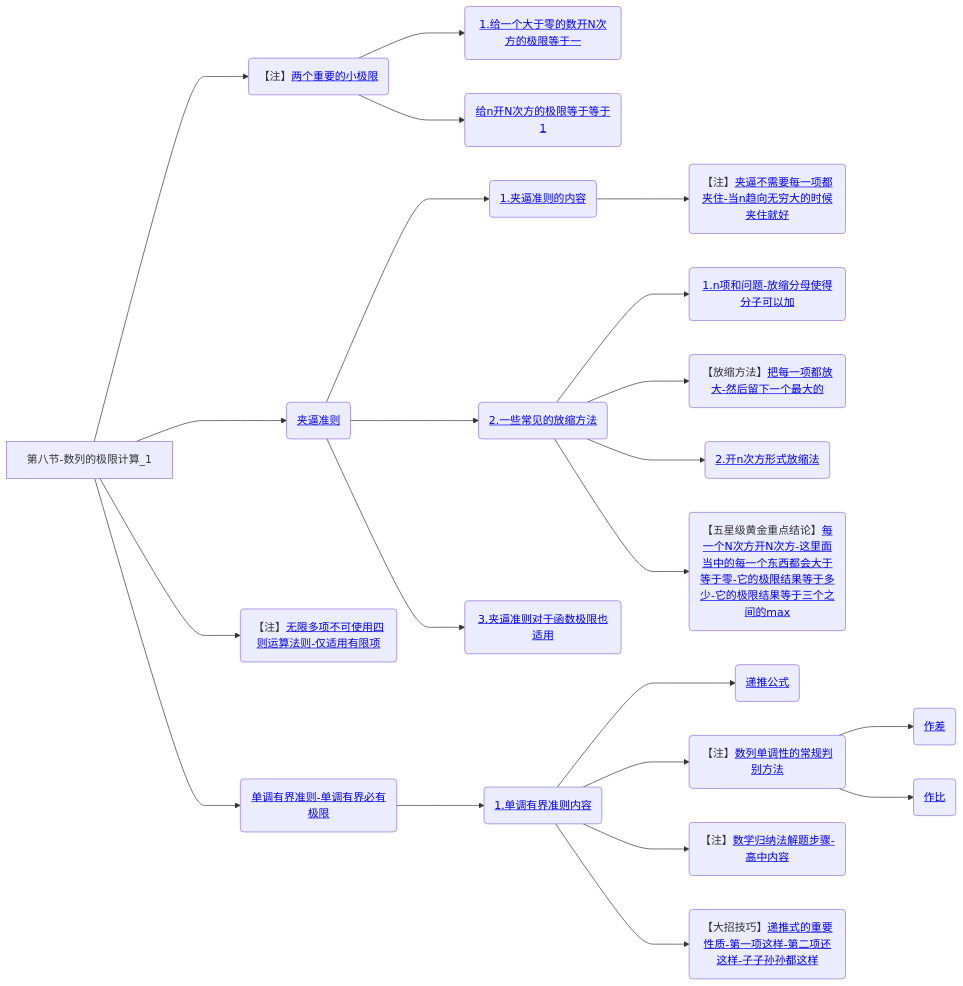
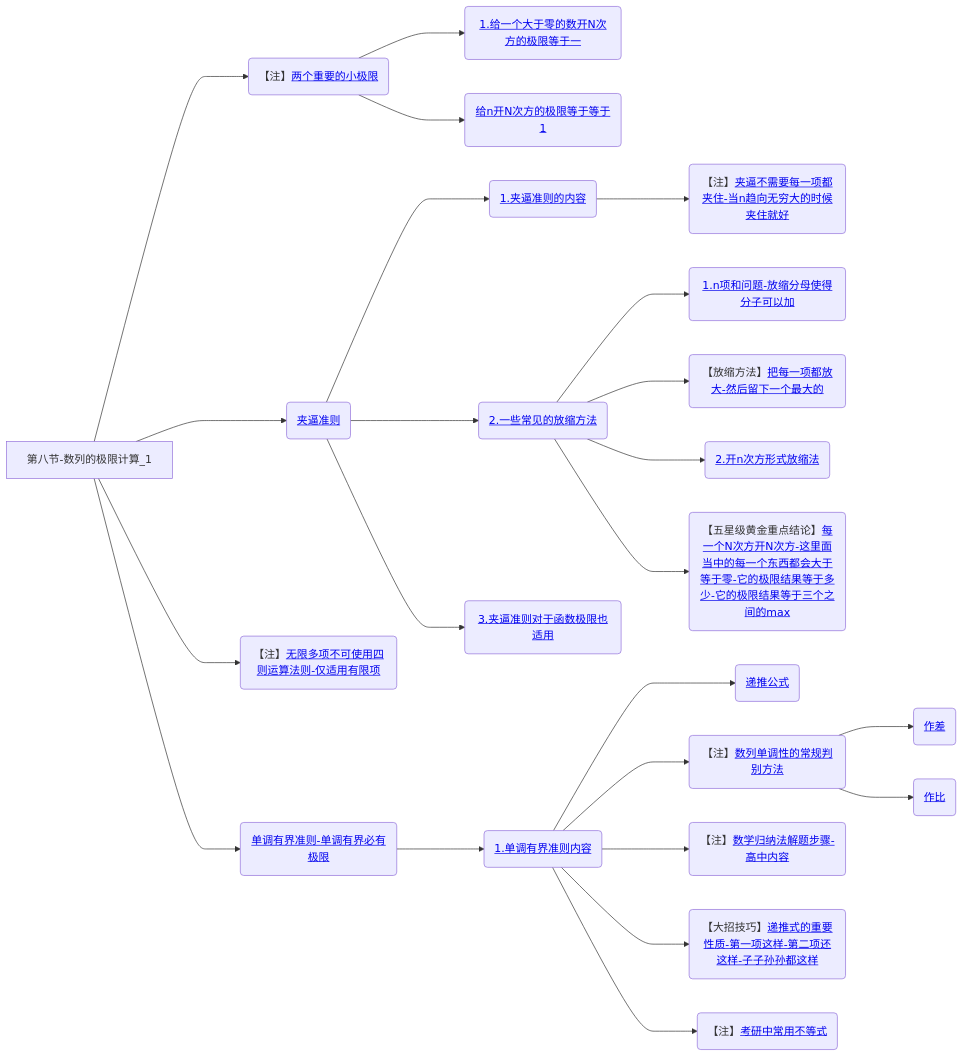
The eighth of 8 diagrams in 笔记/数学/周洋鑫/01.基础班思维导图.md (yuebinghui/note), drawn with Mermaid before and after one commit. The commit also changed 5 other files, not shown here.

````diff
--- a/笔记/数学/周洋鑫/01.基础班思维导图.md
+++ b/笔记/数学/周洋鑫/01.基础班思维导图.md
@@ -311,32 +311,33 @@
 ```mermaid
 graph LR
 第八节-数列的极限计算_1
 
 第八节-数列的极限计算_1--->两个重要的小极限(【注】<a href="/Users/yuebinghui/Documents/program/github/note/笔记/数学/周洋鑫/基础班/08.数列的极限计算_1.md#两个重要的小极限">两个重要的小极限</>)
 两个重要的小极限--->1.给一个大于零的数开N次方的极限等于一(<a href="/Users/yuebinghui/Documents/program/github/note/笔记/数学/周洋鑫/基础班/08.数列的极限计算_1.md#1.给一个大于零的数开N次方的极限等于一">1.给一个大于零的数开N次方的极限等于一</>)
 两个重要的小极限--->给n开N次方的极限等于等于1(<a href="/Users/yuebinghui/Documents/program/github/note/笔记/数学/周洋鑫/基础班/08.数列的极限计算_1.md#给n开N次方的极限等于等于1">给n开N次方的极限等于等于1</>)
 
 第八节-数列的极限计算_1--->夹逼准则(<a href="/Users/yuebinghui/Documents/program/github/note/笔记/数学/周洋鑫/基础班/08.数列的极限计算_1.md#夹逼准则">夹逼准则</>)
 夹逼准则--->1.夹逼准则的内容(<a href="/Users/yuebinghui/Documents/program/github/note/笔记/数学/周洋鑫/基础班/08.数列的极限计算_1.md#1.夹逼准则的内容">1.夹逼准则的内容</>)
 1.夹逼准则的内容--->夹逼不需要每一项都夹住-当n趋向无穷大的时候夹住就好(【注】<a href="/Users/yuebinghui/Documents/program/github/note/笔记/数学/周洋鑫/基础班/08.数列的极限计算_1.md#夹逼不需要每一项都夹住-当n趋向无穷大的时候夹住就好">夹逼不需要每一项都夹住-当n趋向无穷大的时候夹住就好</>)
 
 第八节-数列的极限计算_1--->无限多项不可使用四则运算法则-仅适用有限项(【注】<a href="/Users/yuebinghui/Documents/program/github/note/笔记/数学/周洋鑫/基础班/08.数列的极限计算_1.md#无限多项不可使用四则运算法则-仅适用有限项">无限多项不可使用四则运算法则-仅适用有限项</>)
 
 夹逼准则--->2.一些常见的放缩方法(<a href="/Users/yuebinghui/Documents/program/github/note/笔记/数学/周洋鑫/基础班/08.数列的极限计算_1.md#2.一些常见的放缩方法">2.一些常见的放缩方法</>)
 2.一些常见的放缩方法--->1.n项和问题-放缩分母使得分子可以加(<a href="/Users/yuebinghui/Documents/program/github/note/笔记/数学/周洋鑫/基础班/08.数列的极限计算_1.md#1.n项和问题-放缩分母使得分子可以加">1.n项和问题-放缩分母使得分子可以加</>)
 2.一些常见的放缩方法--->把每一项都放大-然后留下一个最大的(【放缩方法】<a href="/Users/yuebinghui/Documents/program/github/note/笔记/数学/周洋鑫/基础班/08.数列的极限计算_1.md#把每一项都放大-然后留下一个最大的">把每一项都放大-然后留下一个最大的</>)
 2.一些常见的放缩方法--->2.开n次方形式放缩法(<a href="/Users/yuebinghui/Documents/program/github/note/笔记/数学/周洋鑫/基础班/08.数列的极限计算_1.md#2.开n次方形式放缩法">2.开n次方形式放缩法</>)
 2.一些常见的放缩方法--->每一个N次方开N次方-这里面当中的每一个东西都会大于等于零-它的极限结果等于多少-它的极限结果等于三个之间的max(【五星级黄金重点结论】<a href="/Users/yuebinghui/Documents/program/github/note/笔记/数学/周洋鑫/基础班/08.数列的极限计算_1.md#每一个N次方开N次方-这里面当中的每一个东西都会大于等于零-它的极限结果等于多少-它的极限结果等于三个之间的max">每一个N次方开N次方-这里面当中的每一个东西都会大于等于零-它的极限结果等于多少-它的极限结果等于三个之间的max</>)
 
 夹逼准则--->3.夹逼准则对于函数极限也适用(<a href="/Users/yuebinghui/Documents/program/github/note/笔记/数学/周洋鑫/基础班/08.数列的极限计算_1.md#3.夹逼准则对于函数极限也适用">3.夹逼准则对于函数极限也适用</>)
 
 第八节-数列的极限计算_1--->单调有界准则-单调有界必有极限(<a href="/Users/yuebinghui/Documents/program/github/note/笔记/数学/周洋鑫/基础班/08.数列的极限计算_1.md#单调有界准则-单调有界必有极限">单调有界准则-单调有界必有极限</>)
 单调有界准则-单调有界必有极限--->1.单调有界准则内容(<a href="/Users/yuebinghui/Documents/program/github/note/笔记/数学/周洋鑫/基础班/08.数列的极限计算_1.md#1.单调有界准则内容">1.单调有界准则内容</>)
 1.单调有界准则内容--->递推公式(<a href="/Users/yuebinghui/Documents/program/github/note/笔记/数学/周洋鑫/基础班/08.数列的极限计算_1.md#递推公式">递推公式</>)
 1.单调有界准则内容--->数列单调性的常规判别方法(【注】<a href="/Users/yuebinghui/Documents/program/github/note/笔记/数学/周洋鑫/基础班/08.数列的极限计算_1.md#数列单调性的常规判别方法">数列单调性的常规判别方法</>)
 数列单调性的常规判别方法--->作差(<a href="/Users/yuebinghui/Documents/program/github/note/笔记/数学/周洋鑫/基础班/08.数列的极限计算_1.md#作差">作差</>)
 数列单调性的常规判别方法--->作比(<a href="/Users/yuebinghui/Documents/program/github/note/笔记/数学/周洋鑫/基础班/08.数列的极限计算_1.md#作比">作比</>)
 1.单调有界准则内容--->数学归纳法解题步骤-高中内容(【注】<a href="/Users/yuebinghui/Documents/program/github/note/笔记/数学/周洋鑫/基础班/08.数列的极限计算_1.md#数学归纳法解题步骤-高中内容">数学归纳法解题步骤-高中内容</>)
 1.单调有界准则内容--->递推式的重要性质-第一项这样-第二项还这样-子子孙孙都这样(【大招技巧】<a href="/Users/yuebinghui/Documents/program/github/note/笔记/数学/周洋鑫/基础班/08.数列的极限计算_1.md#递推式的重要性质-第一项这样-第二项还这样-子子孙孙都这样">递推式的重要性质-第一项这样-第二项还这样-子子孙孙都这样</>)
+1.单调有界准则内容--->考研中常用不等式(【注】<a href="/Users/yuebinghui/Documents/program/github/note/笔记/数学/周洋鑫/基础班/08.数列的极限计算_1.md#考研中常用不等式">考研中常用不等式</>)
 
 ```
````
